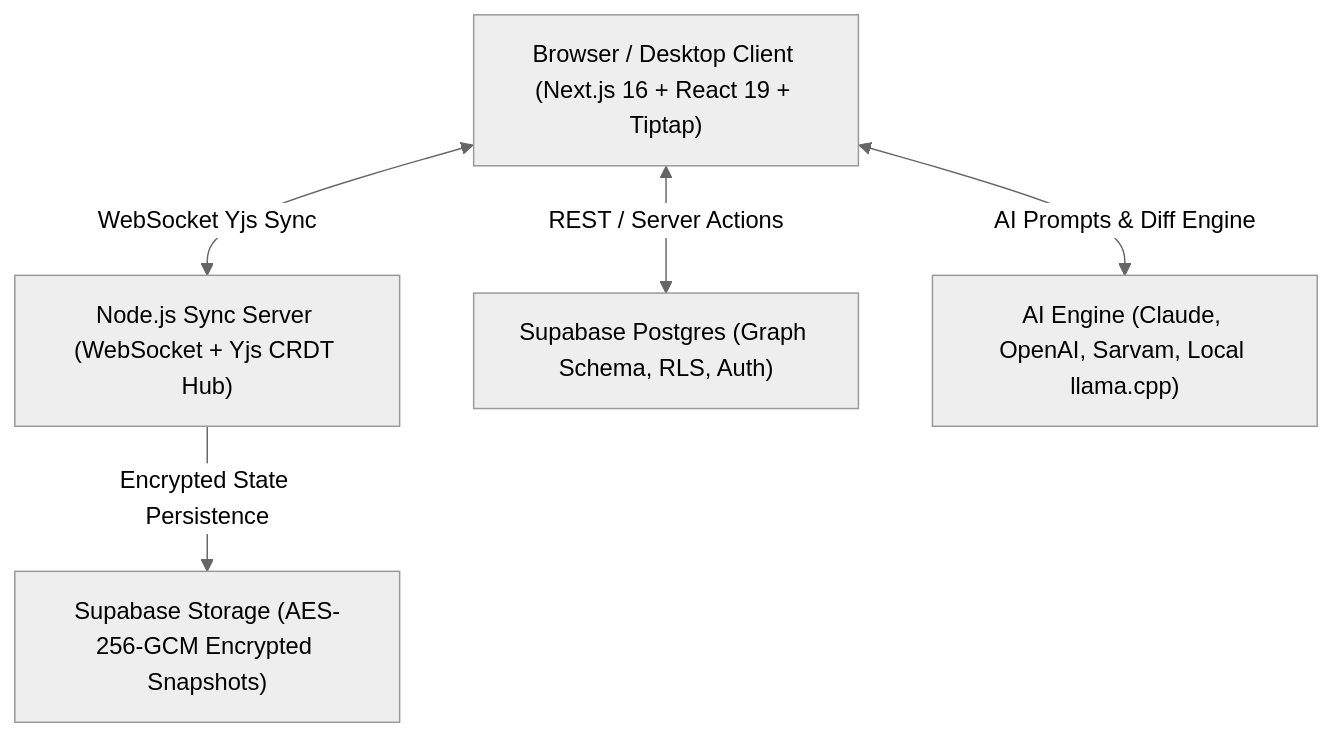
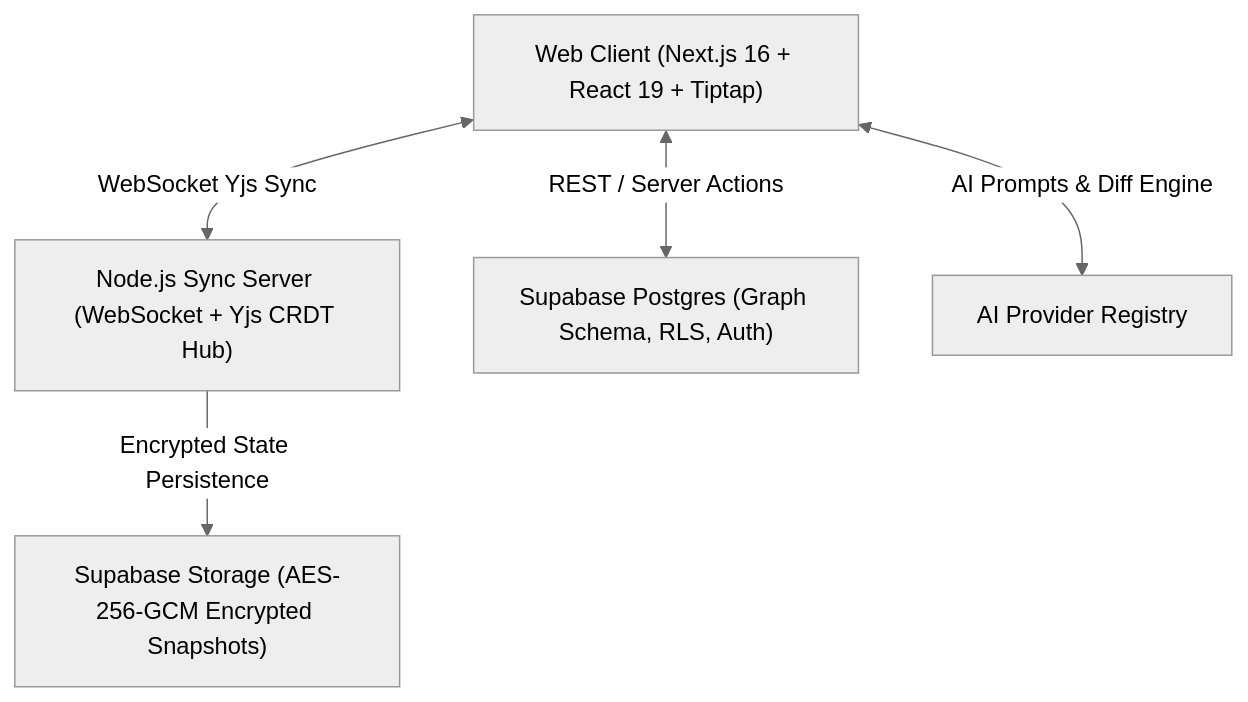
One commit to coderhd/lekhan changed the diagram in README.md. Above: the diagram before and after it, drawn with Mermaid (neutral theme). The commit also changed other lines of this file, not shown here.

Commit message:
docs: align architecture overview with the web release

````diff
--- a/README.md
+++ b/README.md
@@ -37,13 +37,13 @@
 ```mermaid
 flowchart TD
-    Client["Browser / Desktop Client (Next.js 16 + React 19 + Tiptap)"]
+    Client["Web Client (Next.js 16 + React 19 + Tiptap)"]
     Sync["Node.js Sync Server (WebSocket + Yjs CRDT Hub)"]
     SupabaseDB["Supabase Postgres (Graph Schema, RLS, Auth)"]
     Storage["Supabase Storage (AES-256-GCM Encrypted Snapshots)"]
-    AI["AI Engine (Claude, OpenAI, Sarvam, Local llama.cpp)"]
+    AI["AI Provider Registry"]
 
     Client <-->|WebSocket Yjs Sync| Sync
     Client <-->|REST / Server Actions| SupabaseDB
     Sync -->|Encrypted State Persistence| Storage
     Client <-->|AI Prompts & Diff Engine| AI
 ```
````
